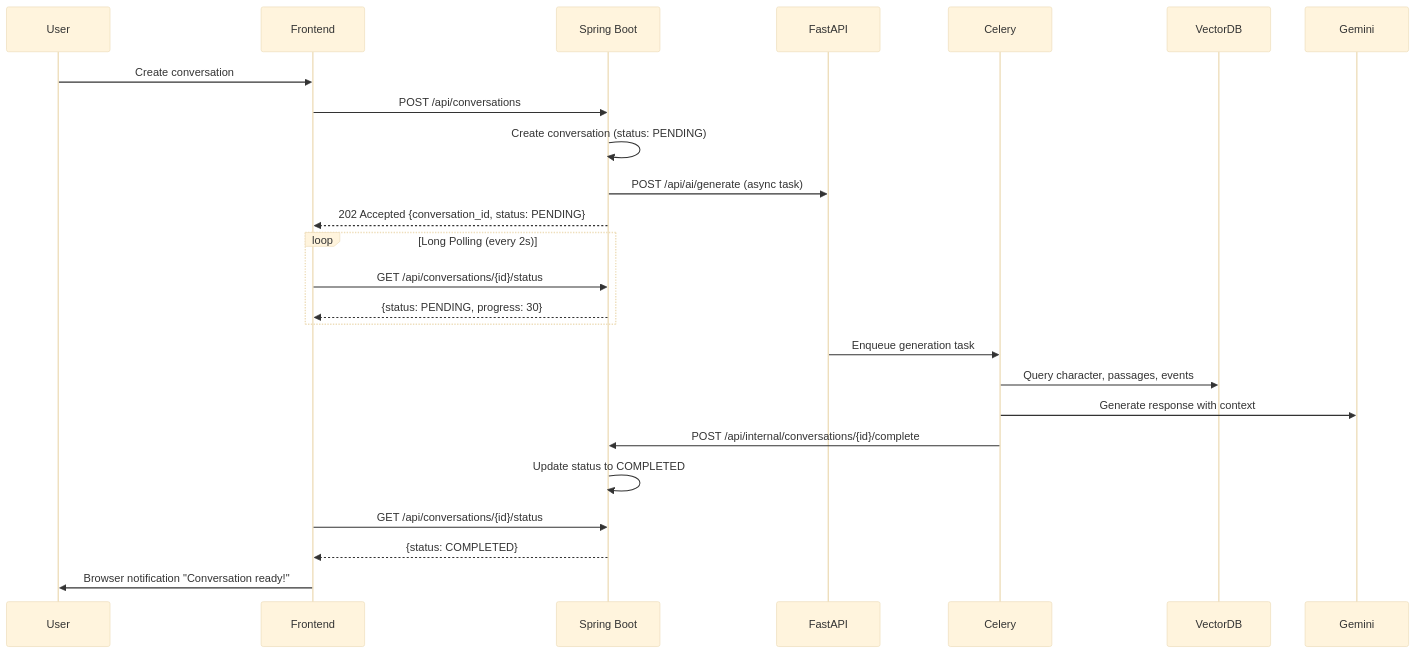
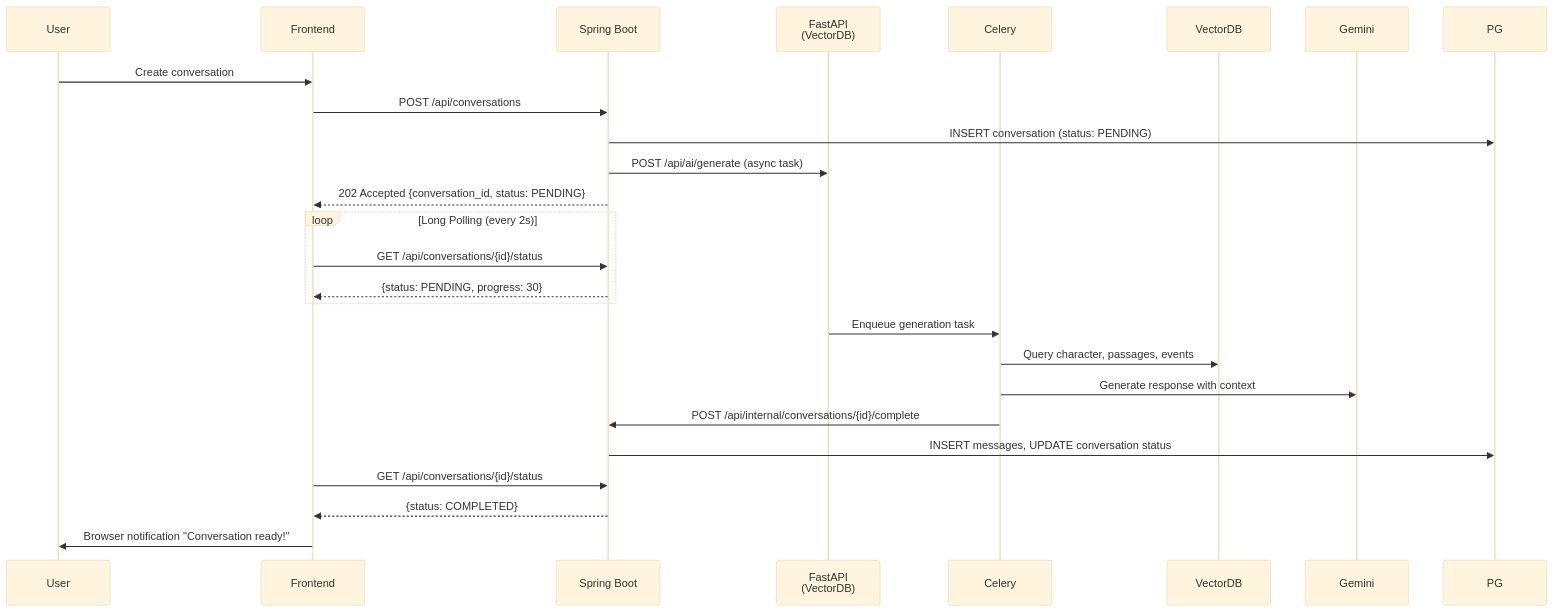
The sixth of 6 diagrams in architecture.md (SideProjectSFY/gajiFE), drawn with Mermaid (base theme) before and after one commit. The commit also changed other lines of this file and 5 other files, not shown here.

Commit message:
Fix: Refactor scenario validation and database schema to remove quality score

````diff
--- a/architecture.md
+++ b/architecture.md
@@ -941,31 +941,31 @@
 ```mermaid
 sequenceDiagram
     participant User
     participant Frontend
     participant Spring as Spring Boot
-    participant FastAPI
+    participant FastAPI as FastAPI<br/>(VectorDB)
     participant Celery
     participant VDB as VectorDB
     participant Gemini
 
     User->>Frontend: Create conversation
     Frontend->>Spring: POST /api/conversations
-    Spring->>Spring: Create conversation (status: PENDING)
+    Spring->>PG: INSERT conversation (status: PENDING)
     Spring->>FastAPI: POST /api/ai/generate (async task)
     Spring-->>Frontend: 202 Accepted {conversation_id, status: PENDING}
 
     loop Long Polling (every 2s)
         Frontend->>Spring: GET /api/conversations/{id}/status
         Spring-->>Frontend: {status: PENDING, progress: 30}
     end
 
     FastAPI->>Celery: Enqueue generation task
     Celery->>VDB: Query character, passages, events
     Celery->>Gemini: Generate response with context
     Celery->>Spring: POST /api/internal/conversations/{id}/complete
-    Spring->>Spring: Update status to COMPLETED
+    Spring->>PG: INSERT messages, UPDATE conversation status
 
     Frontend->>Spring: GET /api/conversations/{id}/status
     Spring-->>Frontend: {status: COMPLETED}
     Frontend->>User: Browser notification "Conversation ready!"
 ```
````
